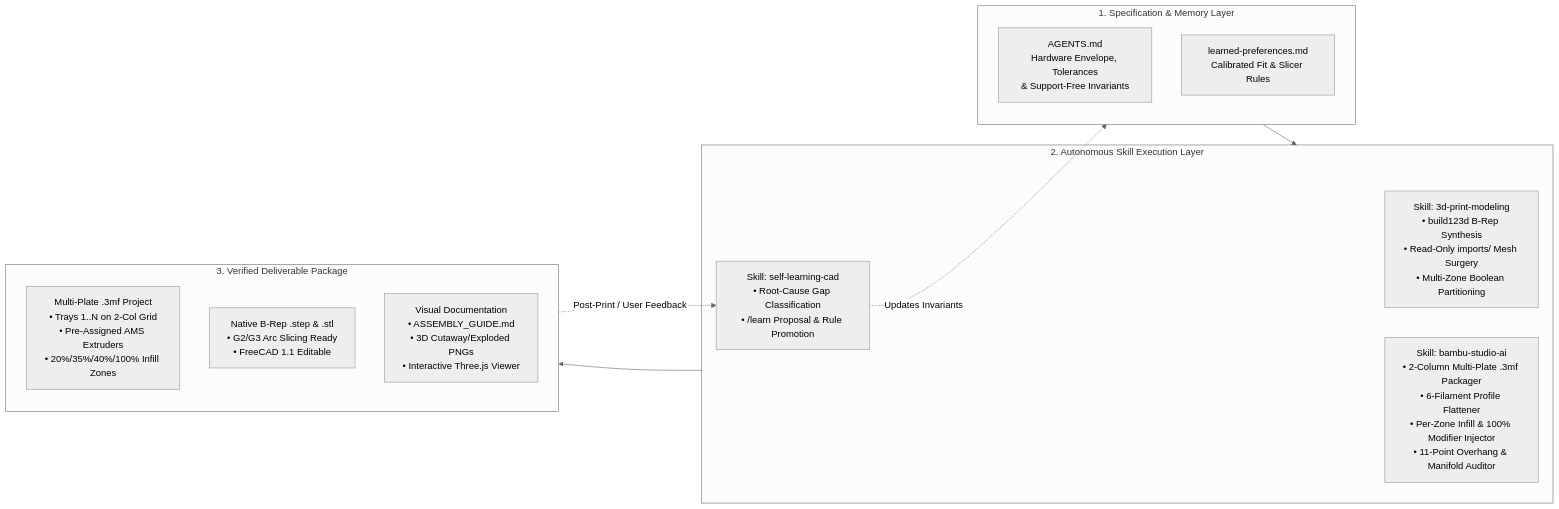
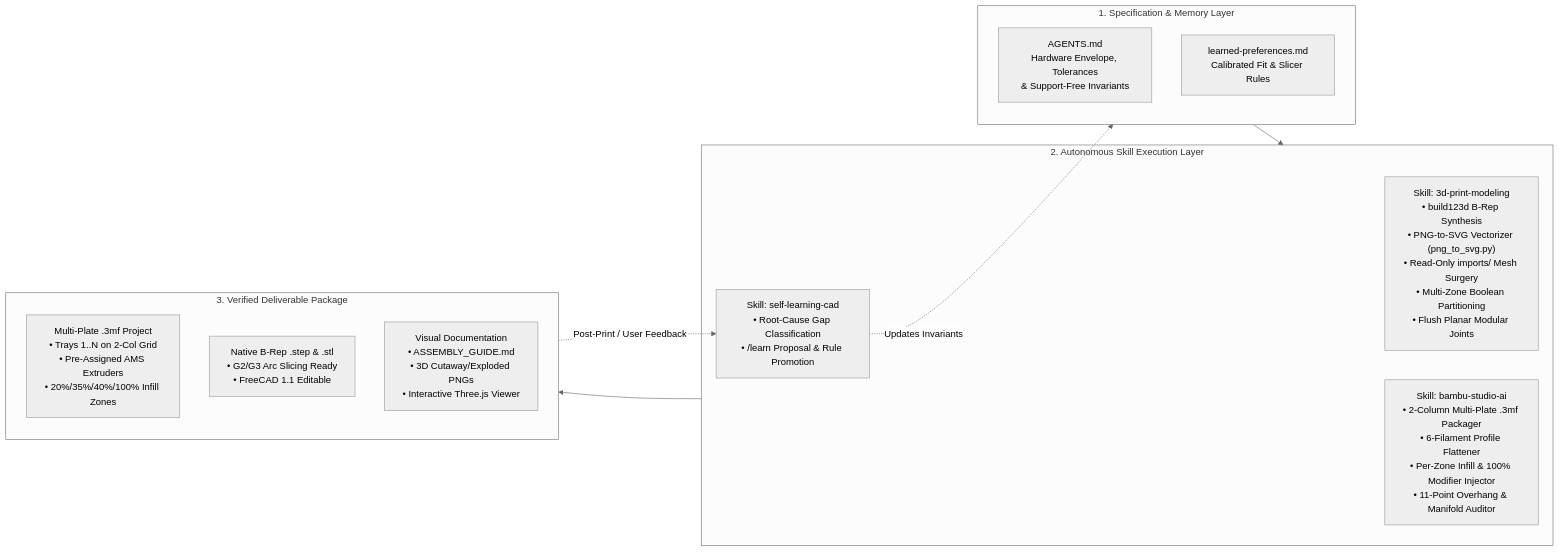
The diagram in SDD.md (mlgitdev/BambuForge), drawn with Mermaid (neutral theme) before and after one commit. The commit also changed 128 other files, not shown here.

Commit message:
feat: sync flush modular planter joint, png-to-svg vectorization engine, and examples

````diff
--- a/SDD.md
+++ b/SDD.md
@@ -24,24 +24,24 @@
 ```mermaid
 flowchart LR
     subgraph SpecLayer["1. Specification & Memory Layer"]
         AGENTS["AGENTS.md<br/>Hardware Envelope, Tolerances<br/>& Support-Free Invariants"]
         PREFS["learned-preferences.md<br/>Calibrated Fit & Slicer Rules"]
     end
 
     subgraph SkillLayer["2. Autonomous Skill Execution Layer"]
-        CAD["Skill: 3d-print-modeling<br/>• build123d B-Rep Synthesis<br/>• Read-Only imports/ Mesh Surgery<br/>• Multi-Zone Boolean Partitioning"]
+        CAD["Skill: 3d-print-modeling<br/>• build123d B-Rep Synthesis<br/>• PNG-to-SVG Vectorizer (png_to_svg.py)<br/>• Read-Only imports/ Mesh Surgery<br/>• Multi-Zone Boolean Partitioning<br/>• Flush Planar Modular Joints"]
         SLICER["Skill: bambu-studio-ai<br/>• 2-Column Multi-Plate .3mf Packager<br/>• 6-Filament Profile Flattener<br/>• Per-Zone Infill & 100% Modifier Injector<br/>• 11-Point Overhang & Manifold Auditor"]
         LEARN["Skill: self-learning-cad<br/>• Root-Cause Gap Classification<br/>• /learn Proposal & Rule Promotion"]
     end
 
     subgraph OutputLayer["3. Verified Deliverable Package"]
         THREEMF["Multi-Plate .3mf Project<br/>• Trays 1..N on 2-Col Grid<br/>• Pre-Assigned AMS Extruders<br/>• 20%/35%/40%/100% Infill Zones"]
         STEP["Native B-Rep .step & .stl<br/>• G2/G3 Arc Slicing Ready<br/>• FreeCAD 1.1 Editable"]
         DOCS["Visual Documentation<br/>• ASSEMBLY_GUIDE.md<br/>• 3D Cutaway/Exploded PNGs<br/>• Interactive Three.js Viewer"]
     end
 
     SpecLayer --> SkillLayer
     SkillLayer --> OutputLayer
     OutputLayer -.->|"Post-Print / User Feedback"| LEARN
     LEARN -.->|"Updates Invariants"| SpecLayer
 ```
````
